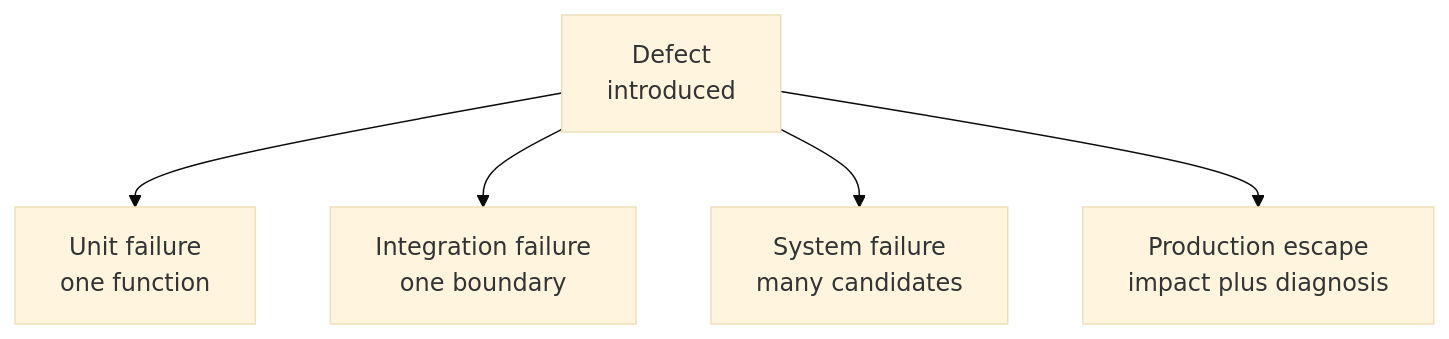
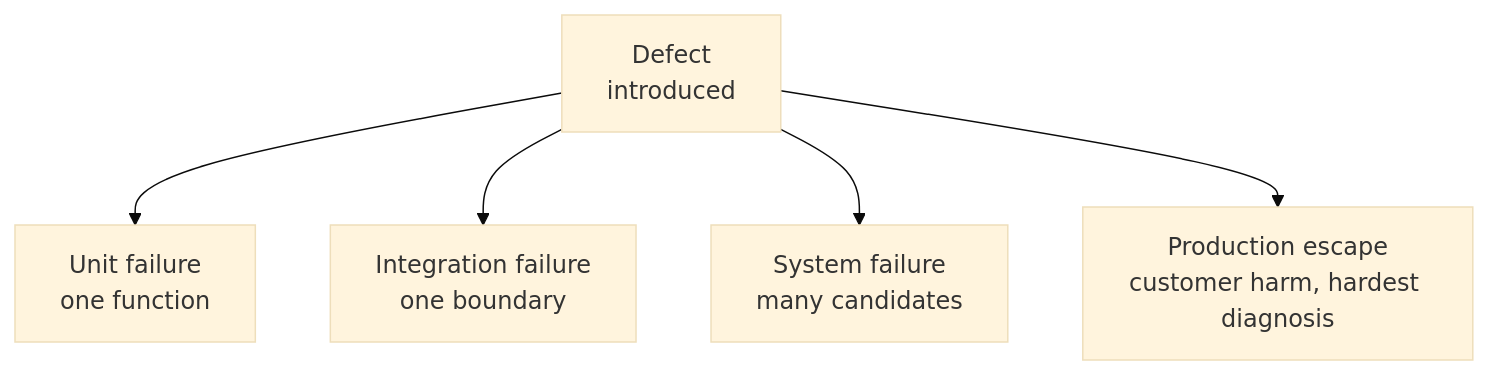
One commit to Laticent/lattice changed the tenth of 13 diagrams in examples/semantic-testing-deep-dive.md. Above: the diagram before and after it, drawn with Mermaid (base theme). The commit also changed other lines of this file and 1 other file, not shown here.

````diff
--- a/examples/semantic-testing-deep-dive.md
+++ b/examples/semantic-testing-deep-dive.md
@@ -739,7 +885,7 @@
 ```mermaid
 flowchart TB
   D["Defect<br/>introduced"] --> U["Unit failure<br/>one function"]
   D --> I["Integration failure<br/>one boundary"]
   D --> S["System failure<br/>many candidates"]
-  D --> P["Production escape<br/>impact plus diagnosis"]
+  D --> P["Production escape<br/>customer harm, hardest diagnosis"]
 ```
````
